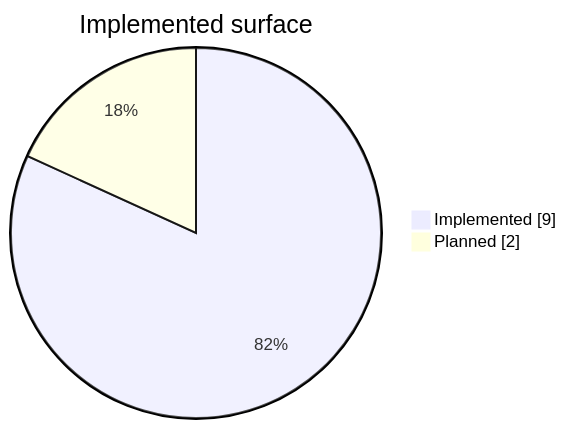
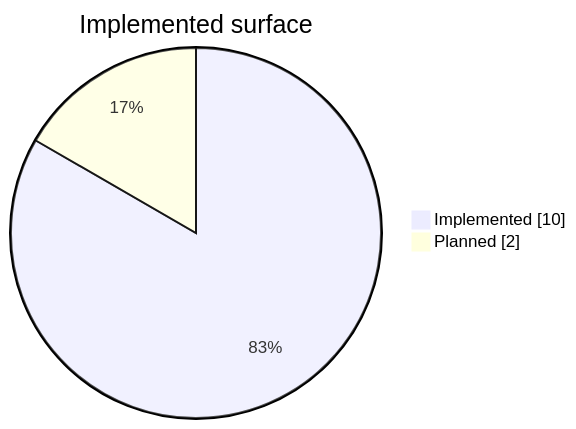
One commit to Armoghans-Organization/Omarchy-Tweaker changed the first of 3 diagrams in docs/index.md. Above: the diagram before and after it, drawn with Mermaid. The commit also changed other lines of this file and 22 other files, not shown here.

````diff
--- a/docs/index.md
+++ b/docs/index.md
@@ -100,6 +101,6 @@
 ```mermaid
 pie showData
     title Implemented surface
-    "Implemented" : 9
+    "Implemented" : 10
     "Planned" : 2
 ```
````
